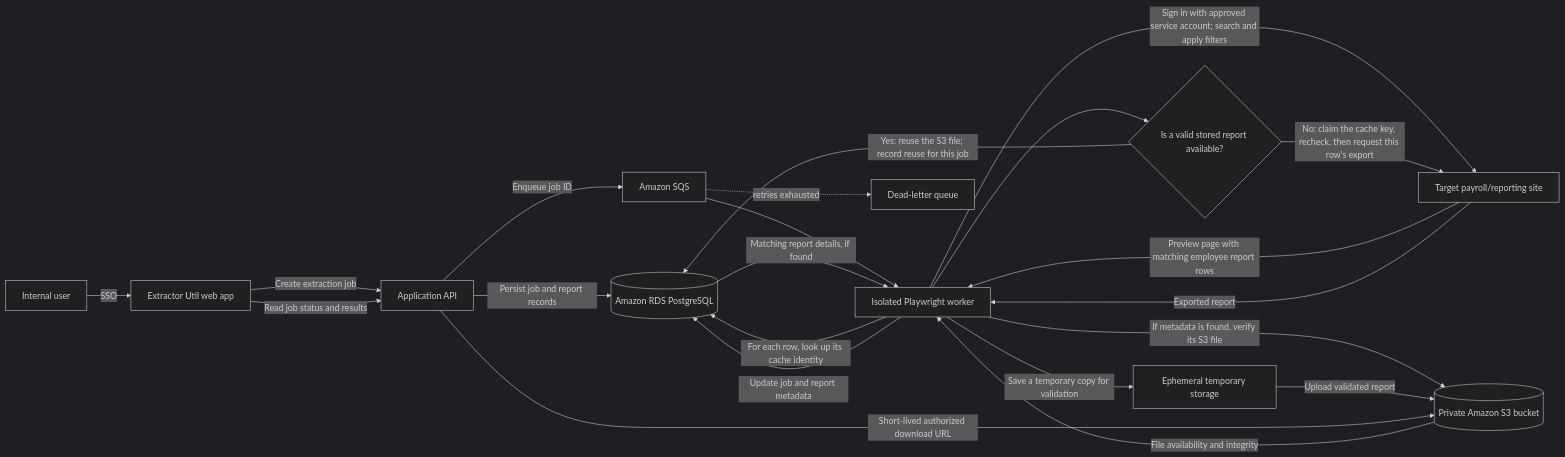
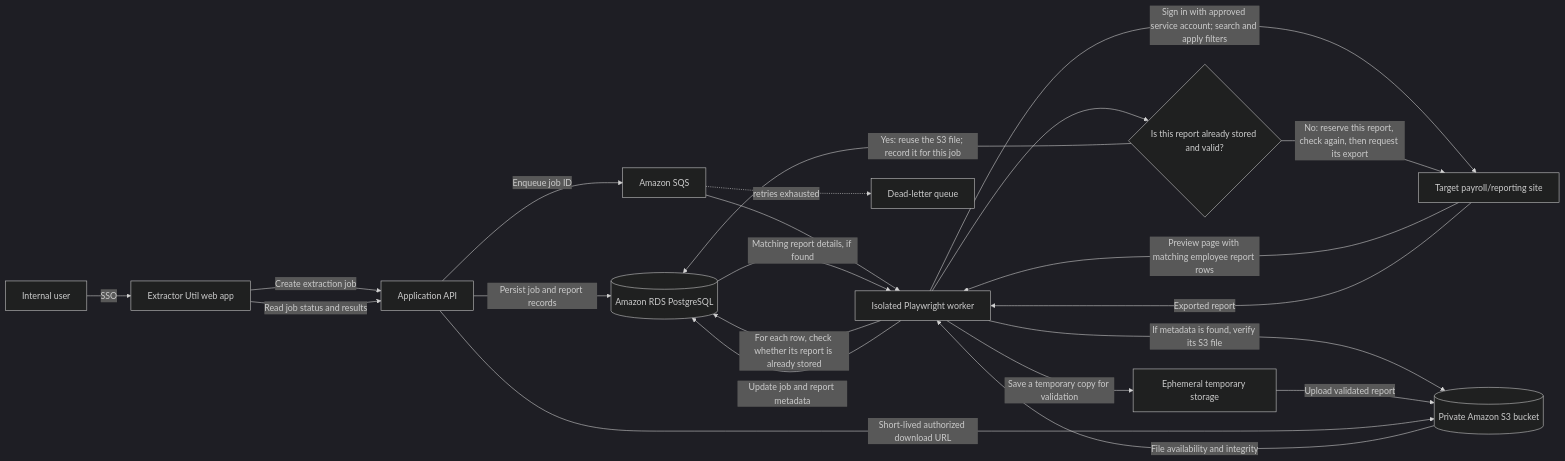
One commit to karthiks2k/extractor-util changed the diagram in solution-design.md. Above: the diagram before and after it, drawn with Mermaid (dark theme). The commit also changed other lines of this file, not shown here.

````diff
--- a/solution-design.md
+++ b/solution-design.md
@@ -33,24 +33,24 @@
 ```mermaid
 flowchart LR
     User[Internal user] -->|SSO| UI[Extractor Util web app]
     UI -->|Create extraction job| API[Application API]
     API -->|Persist job and report records| DB[(Amazon RDS PostgreSQL)]
     API -->|Enqueue job ID| Queue[Amazon SQS]
     Queue --> Worker[Isolated Playwright worker]
     Worker -->|Sign in with approved service account; search and apply filters| Target[Target payroll/reporting site]
     Target -->|Preview page with matching employee report rows| Worker
-    Worker -->|For each row, look up its cache identity| DB
+    Worker -->|For each row, check whether its report is already stored| DB
     DB -->|Matching report details, if found| Worker
     Worker -->|If metadata is found, verify its S3 file| S3[(Private Amazon S3 bucket)]
     S3 -->|File availability and integrity| Worker
-    Worker --> Cache{Is a valid stored report available?}
-    Cache -->|Yes: reuse the S3 file; record reuse for this job| DB
-    Cache -->|No: claim the cache key, recheck, then request this row's export| Target
+    Worker --> StoredReport{Is this report already stored and valid?}
+    StoredReport -->|Yes: reuse the S3 file; record it for this job| DB
+    StoredReport -->|No: reserve this report, check again, then request its export| Target
     Target -->|Exported report| Worker
     Worker -->|Save a temporary copy for validation| Temp[Ephemeral temporary storage]
     Temp -->|Upload validated report| S3
     Worker -->|Update job and report metadata| DB
     UI -->|Read job status and results| API
     API -->|Short-lived authorized download URL| S3
     Queue -. retries exhausted .-> DLQ[Dead-letter queue]
 ```
````
